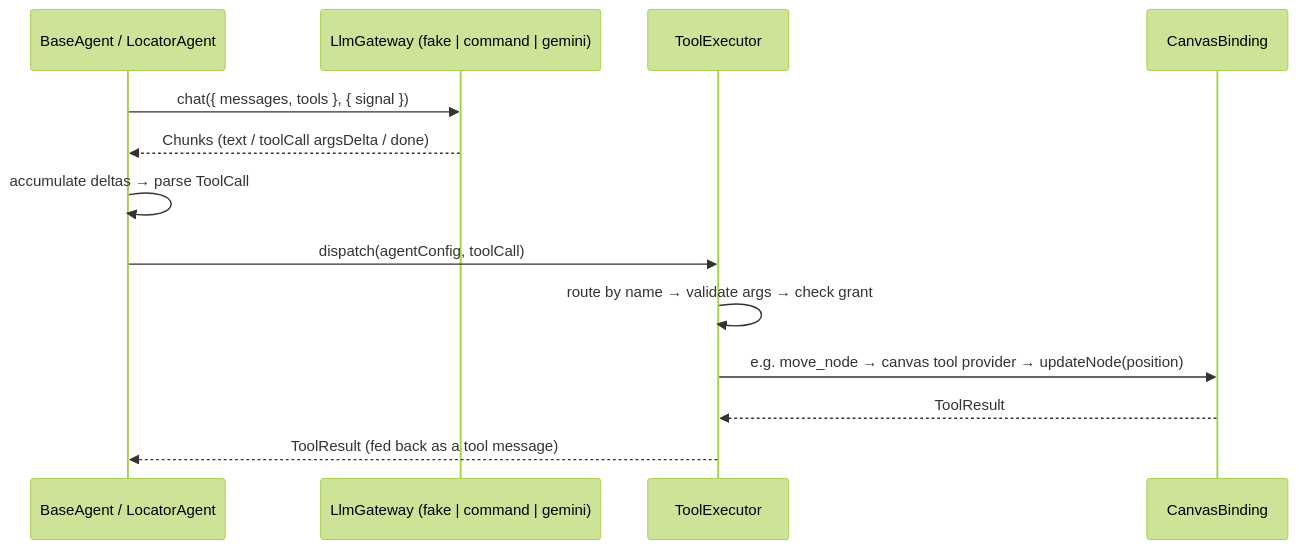
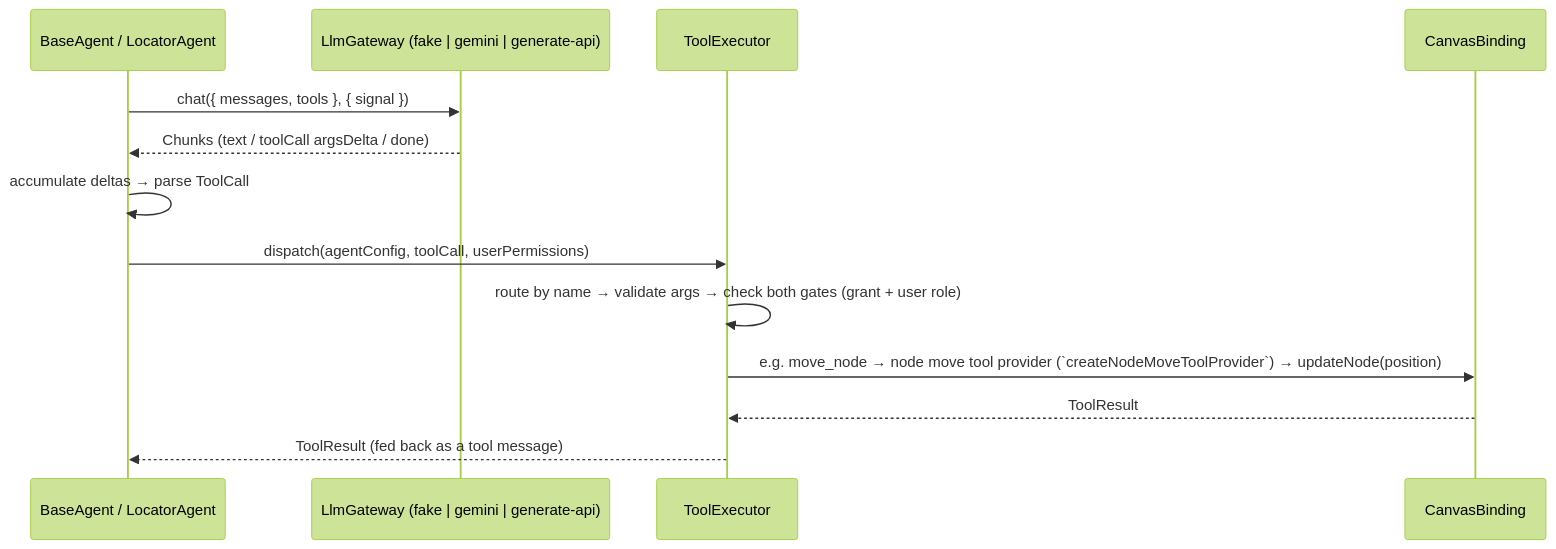
Before and after one commit to lemoncloud-io/eureka-flow: the diagram in docs/browser-agent/foundations/llm-gateway.md, drawn with Mermaid (forest theme). The commit also changed other lines of this file and 80 other files, not shown here.

````diff
--- a/docs/browser-agent/foundations/llm-gateway.md
+++ b/docs/browser-agent/foundations/llm-gateway.md
@@ -44,16 +45,16 @@
 ```mermaid
 sequenceDiagram
     participant Agent as BaseAgent / LocatorAgent
-    participant GW as LlmGateway (fake | command | gemini)
+    participant GW as LlmGateway (fake | gemini | generate-api)
     participant EX as ToolExecutor
     participant CV as CanvasBinding
 
     Agent->>GW: chat({ messages, tools }, { signal })
     GW-->>Agent: Chunks (text / toolCall argsDelta / done)
     Agent->>Agent: accumulate deltas → parse ToolCall
-    Agent->>EX: dispatch(agentConfig, toolCall)
-    EX->>EX: route by name → validate args → check grant
-    EX->>CV: e.g. move_node → canvas tool provider → updateNode(position)
+    Agent->>EX: dispatch(agentConfig, toolCall, userPermissions)
+    EX->>EX: route by name → validate args → check both gates (grant + user role)
+    EX->>CV: e.g. move_node → node move tool provider (`createNodeMoveToolProvider`) → updateNode(position)
     CV-->>EX: ToolResult
     EX-->>Agent: ToolResult (fed back as a tool message)
 ```
````
